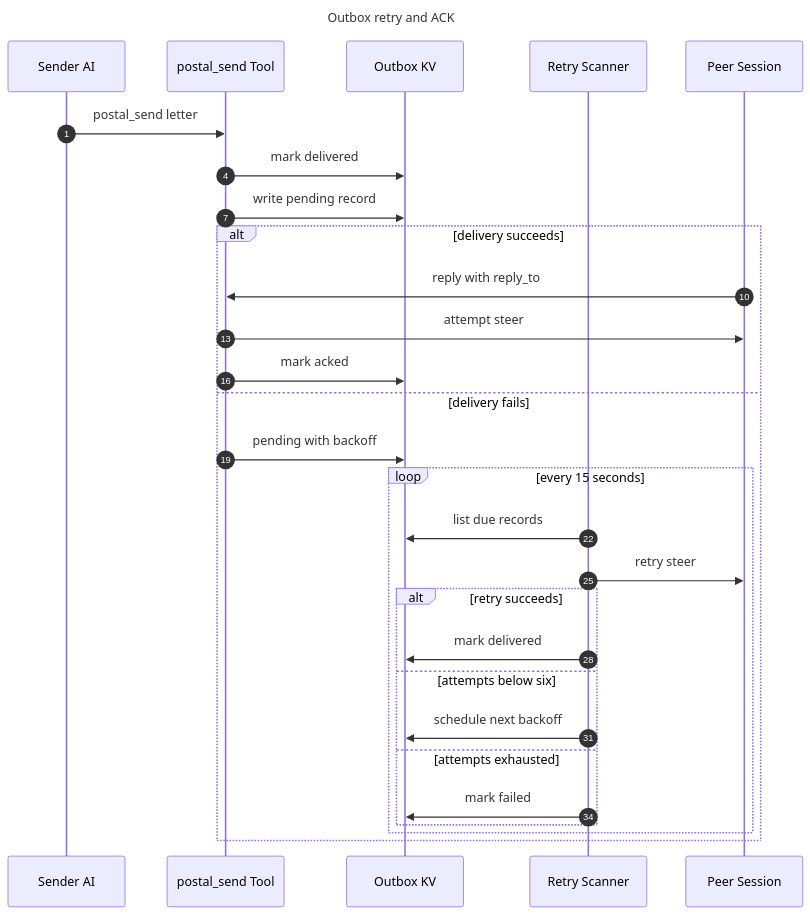
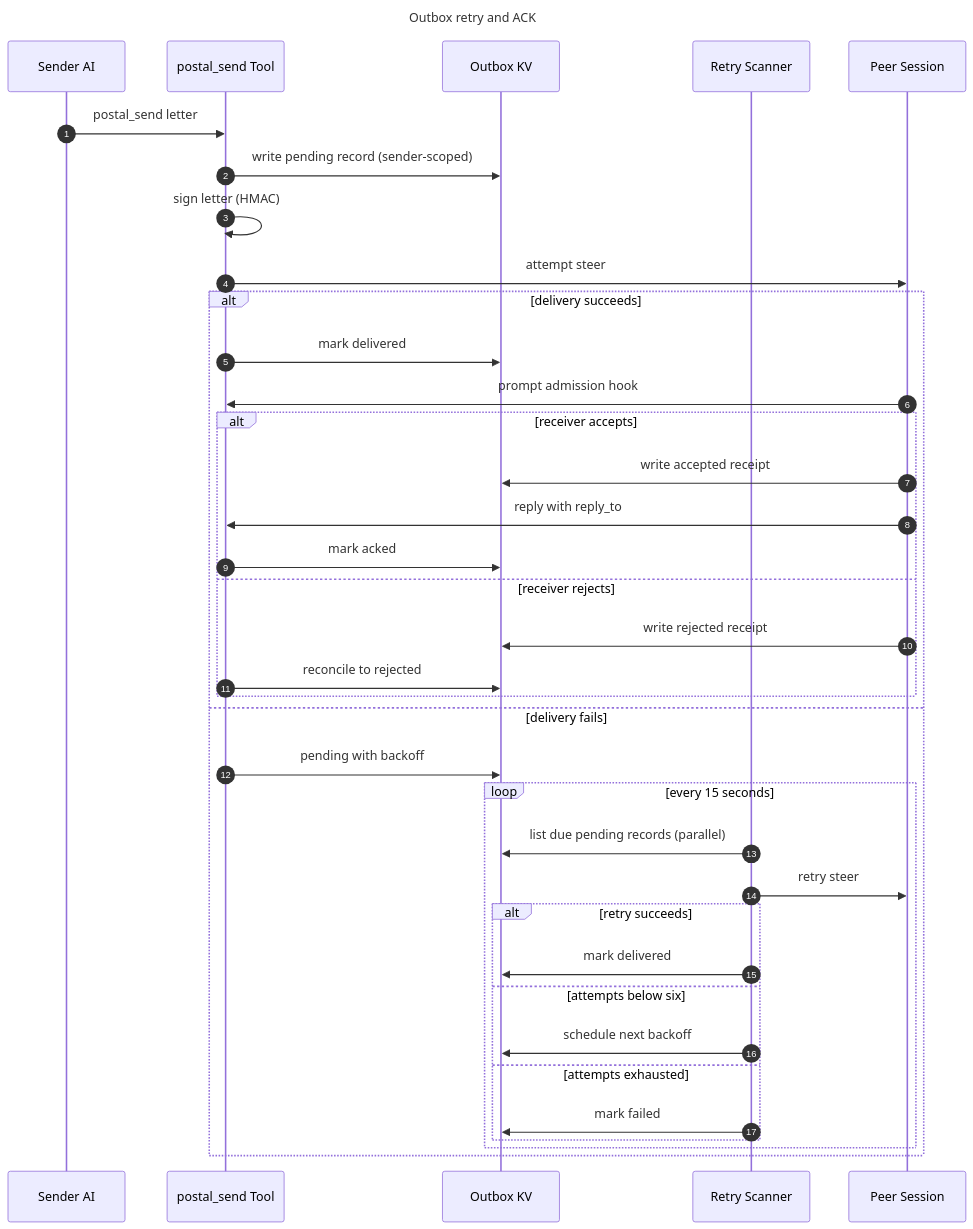
One commit to mizuirorivi/postal changed the diagram in .uigraph/diagrams/outbox-retry-ack/outbox-retry-ack.mmd. Above: the diagram before and after it, drawn with Mermaid. The commit also changed 7 other files, not shown here.

```diff
--- a/.uigraph/diagrams/outbox-retry-ack/outbox-retry-ack.mmd
+++ b/.uigraph/diagrams/outbox-retry-ack/outbox-retry-ack.mmd
@@ -1,29 +1,38 @@
 sequenceDiagram
-  title Outbox retry and ACK
-  participant SenderAI as Sender AI
-  participant postal_sendTool as postal_send Tool
-  participant OutboxKV as Outbox KV
-  participant RetryScanner as Retry Scanner
-  participant PeerSession as Peer Session
-  autonumber 1 3
-  SenderAI->>postal_sendTool: postal_send letter
-  postal_sendTool->>OutboxKV: mark delivered
-  postal_sendTool->>OutboxKV: write pending record
+  autonumber
+  title: Outbox retry and ACK
+  participant A as Sender AI
+  participant T as postal_send Tool
+  participant K as Outbox KV
+  participant R as Retry Scanner
+  participant B as Peer Session
+
+  A->>T: postal_send letter
+  T->>K: write pending record (sender-scoped)
+  T->>T: sign letter (HMAC)
+  T->>B: attempt steer
   alt delivery succeeds
-    PeerSession->>postal_sendTool: reply with reply_to
-    postal_sendTool->>PeerSession: attempt steer
-    postal_sendTool->>OutboxKV: mark acked
+    T->>K: mark delivered
+    B->>T: prompt admission hook
+    alt receiver accepts
+      B->>K: write accepted receipt
+      B->>T: reply with reply_to
+      T->>K: mark acked
+    else receiver rejects
+      B->>K: write rejected receipt
+      T->>K: reconcile to rejected
+    end
   else delivery fails
-    postal_sendTool->>OutboxKV: pending with backoff
+    T->>K: pending with backoff
     loop every 15 seconds
-      RetryScanner->>OutboxKV: list due records
-      RetryScanner->>PeerSession: retry steer
+      R->>K: list due pending records (parallel)
+      R->>B: retry steer
       alt retry succeeds
-        RetryScanner->>OutboxKV: mark delivered
+        R->>K: mark delivered
       else attempts below six
-        RetryScanner->>OutboxKV: schedule next backoff
+        R->>K: schedule next backoff
       else attempts exhausted
-        RetryScanner->>OutboxKV: mark failed
+        R->>K: mark failed
       end
     end
   end
```
